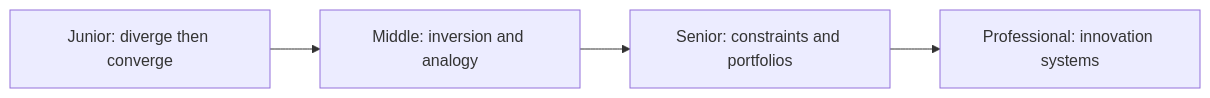
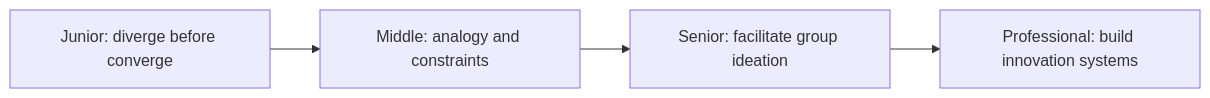
Before and after one commit to flynn3103/engineer-knowledge: the first of 2 diagrams in craftsmanship/engineering-thinking/07-creative-and-lateral-thinking/README.md, drawn with Mermaid. The commit also changed other lines of this file and 41 other files, not shown here.

````diff
--- a/craftsmanship/engineering-thinking/07-creative-and-lateral-thinking/README.md
+++ b/craftsmanship/engineering-thinking/07-creative-and-lateral-thinking/README.md
@@ -5,6 +5,6 @@
 ```mermaid
 flowchart LR
-    J[Junior: diverge then converge] --> M[Middle: inversion and analogy]
-    M --> S[Senior: constraints and portfolios]
-    S --> P[Professional: innovation systems]
+    J[Junior: diverge before converge] --> M[Middle: analogy and constraints]
+    M --> S[Senior: facilitate group ideation]
+    S --> P[Professional: build innovation systems]
 ```
````
